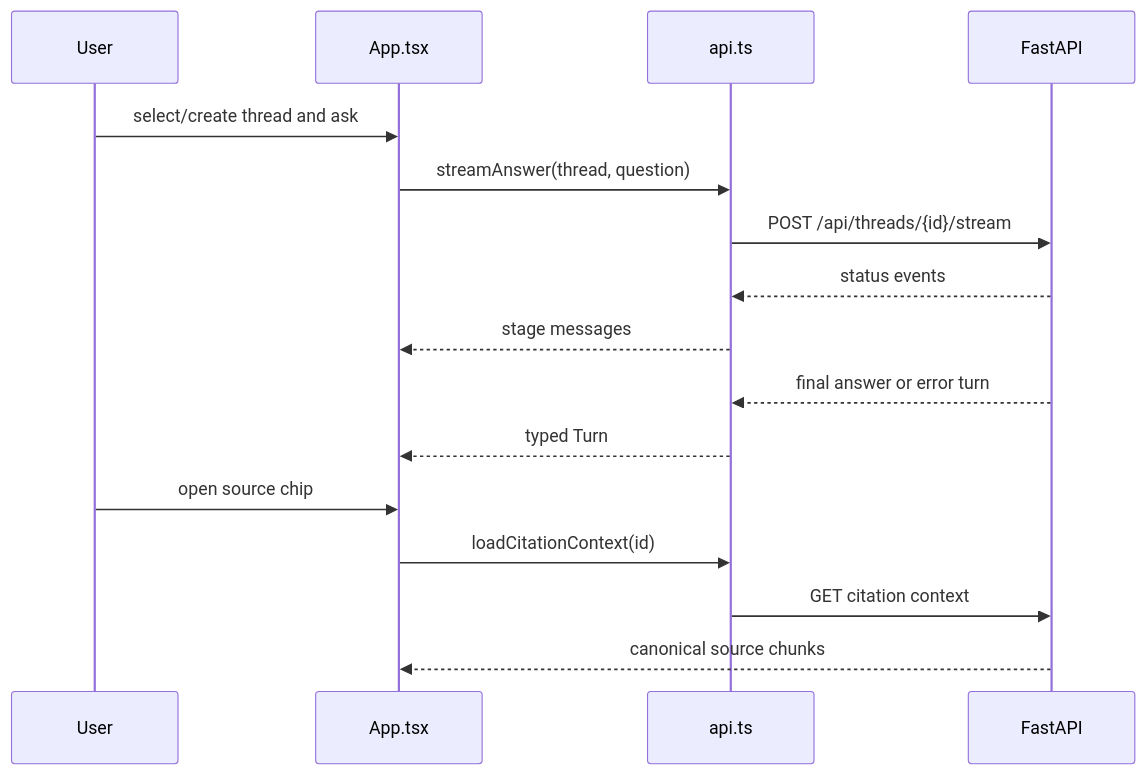
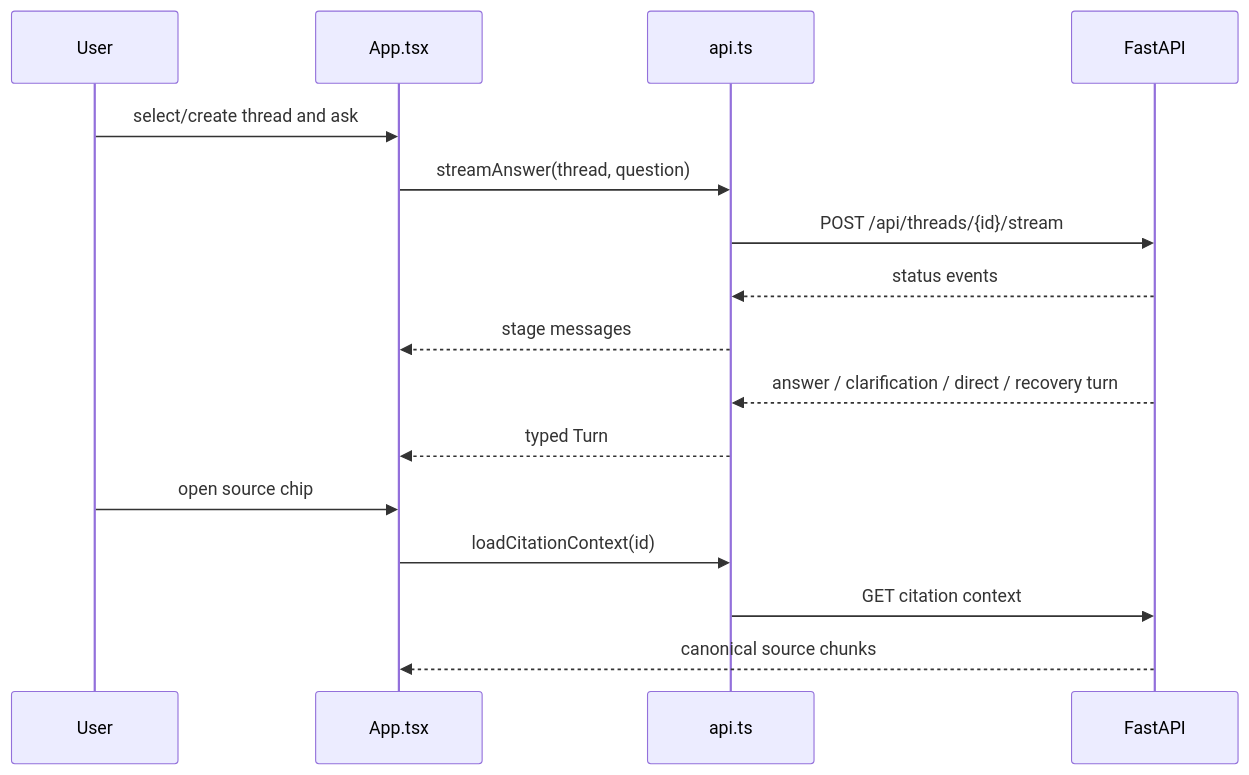
The diagram in frontend/src/README.md (nikolabakic/Banking-Technology-and-Operational-Risk-Intelligence-Assistant), drawn with Mermaid before and after one commit. The commit also changed other lines of this file and 46 other files, not shown here.

````diff
--- a/frontend/src/README.md
+++ b/frontend/src/README.md
@@ -18,18 +19,18 @@
 ```mermaid
 sequenceDiagram
     participant U as User
     participant A as App.tsx
     participant C as api.ts
     participant S as FastAPI
     U->>A: select/create thread and ask
     A->>C: streamAnswer(thread, question)
     C->>S: POST /api/threads/{id}/stream
     S-->>C: status events
     C-->>A: stage messages
-    S-->>C: final answer or error turn
+    S-->>C: answer / clarification / direct / recovery turn
     C-->>A: typed Turn
     U->>A: open source chip
     A->>C: loadCitationContext(id)
     C->>S: GET citation context
     S-->>A: canonical source chunks
 ```
````
